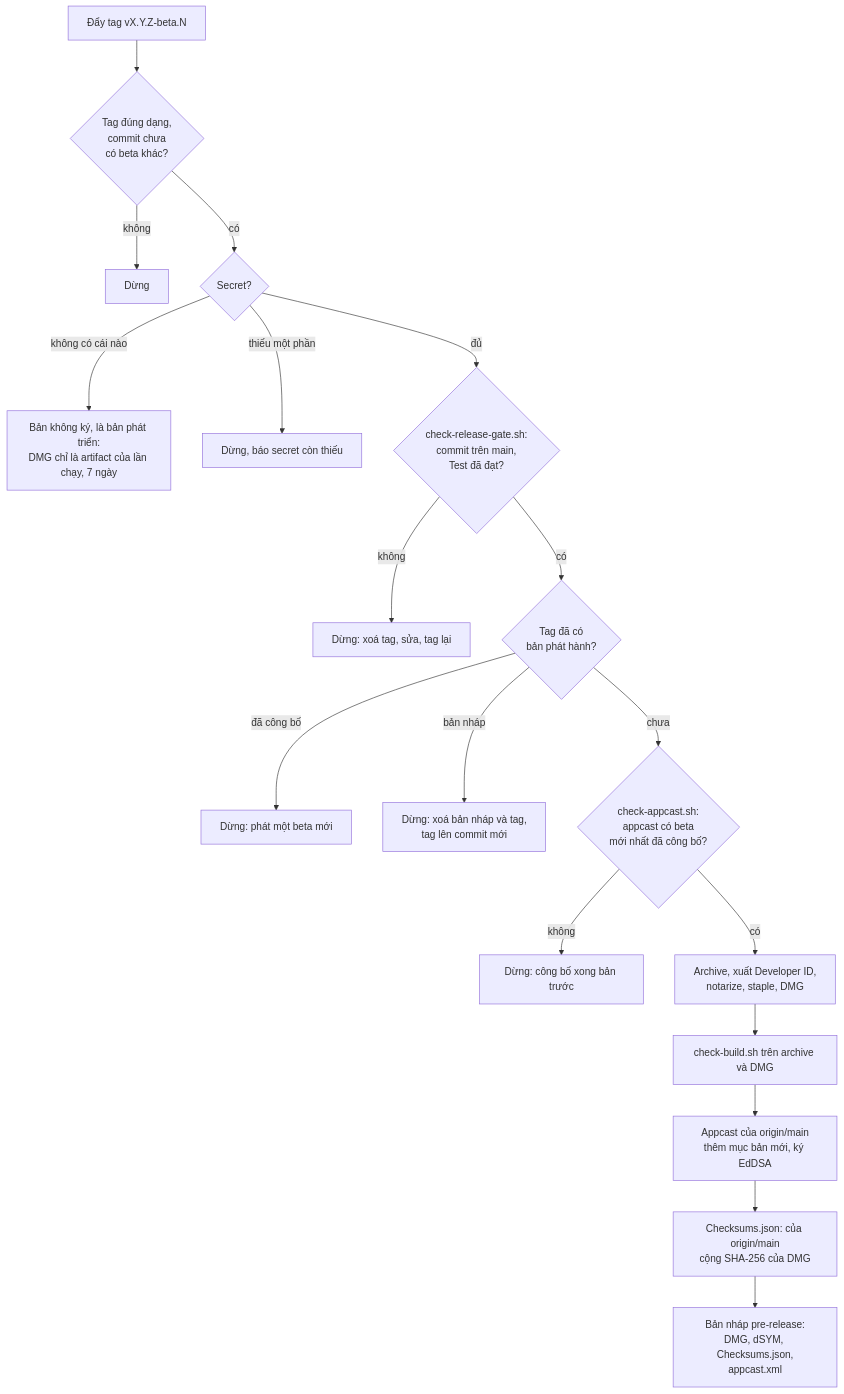
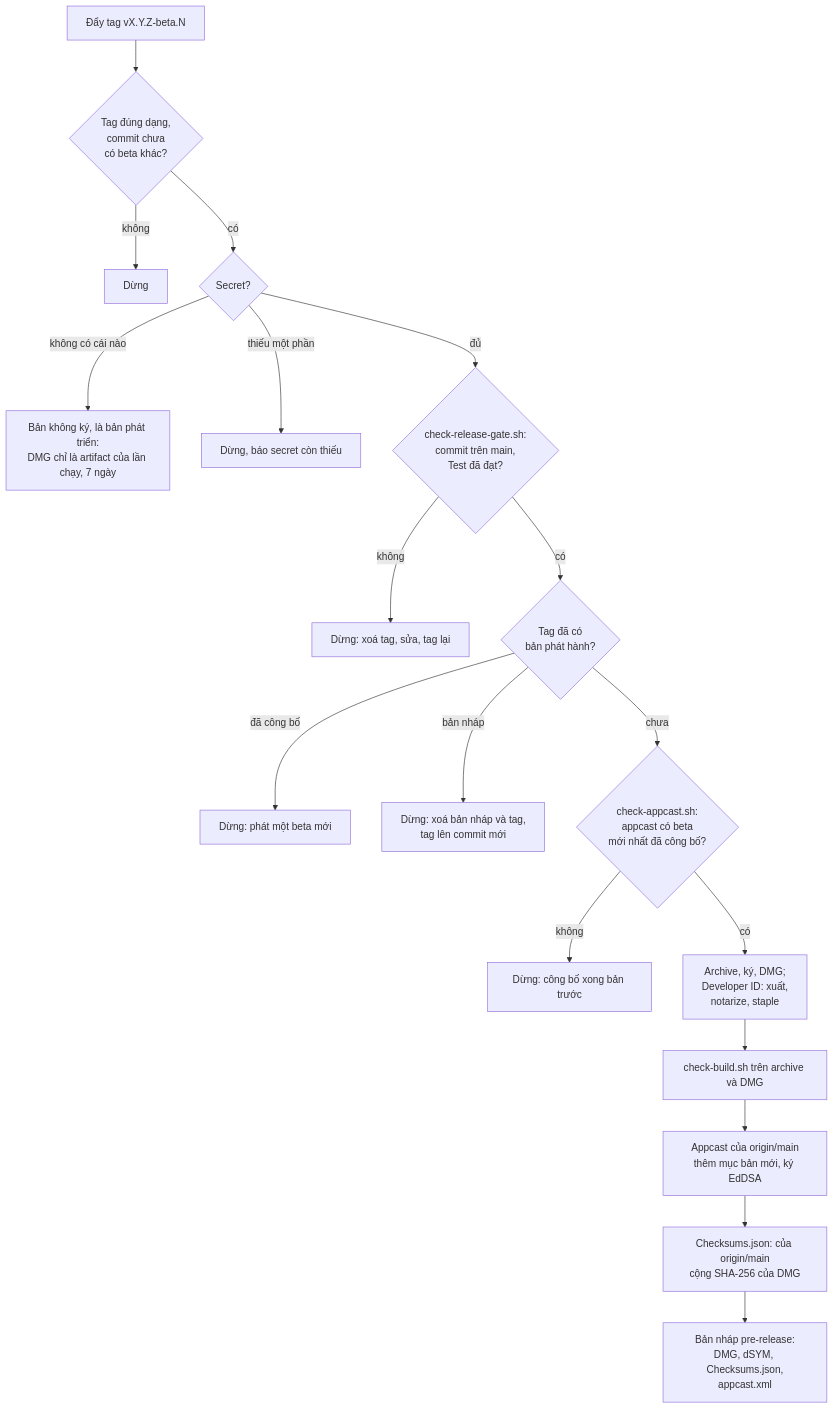
One commit to codefastlabs/dau changed the third of 4 diagrams in docs/Releasing.md. Above: the diagram before and after it, drawn with Mermaid. The commit also changed other lines of this file and 6 other files, not shown here.

````diff
--- a/docs/Releasing.md
+++ b/docs/Releasing.md
@@ -149,20 +155,20 @@
 ```mermaid
 flowchart TD
   tag["Đẩy tag vX.Y.Z-beta.N"] --> fmt{"Tag đúng dạng,<br>commit chưa<br>có beta khác?"}
   fmt -- không --> stop1["Dừng"]
   fmt -- có --> sec{"Secret?"}
   sec -- "không có cái nào" --> uns["Bản không ký, là bản phát triển:<br>DMG chỉ là artifact của lần chạy, 7 ngày"]
   sec -- "thiếu một phần" --> stop2["Dừng, báo secret còn thiếu"]
   sec -- đủ --> gate{"check-release-gate.sh:<br>commit trên main,<br>Test đã đạt?"}
   gate -- không --> stopg["Dừng: xoá tag, sửa, tag lại"]
   gate -- có --> exist{"Tag đã có<br>bản phát hành?"}
   exist -- "đã công bố" --> stope["Dừng: phát một beta mới"]
   exist -- "bản nháp" --> stopd["Dừng: xoá bản nháp và tag,<br>tag lên commit mới"]
   exist -- chưa --> ac{"check-appcast.sh:<br>appcast có beta<br>mới nhất đã công bố?"}
   ac -- không --> stopa["Dừng: công bố xong bản trước"]
-  ac -- có --> b["Archive, xuất Developer ID,<br>notarize, staple, DMG"]
+  ac -- có --> b["Archive, ký, DMG;<br>Developer ID: xuất,<br>notarize, staple"]
   b --> cb["check-build.sh trên archive và DMG"]
   cb --> appc["Appcast của origin/main<br>thêm mục bản mới, ký EdDSA"]
   appc --> sums["Checksums.json: của origin/main<br>cộng SHA-256 của DMG"]
   sums --> draft["Bản nháp pre-release:<br>DMG, dSYM, Checksums.json,<br>appcast.xml"]
 ```
````
